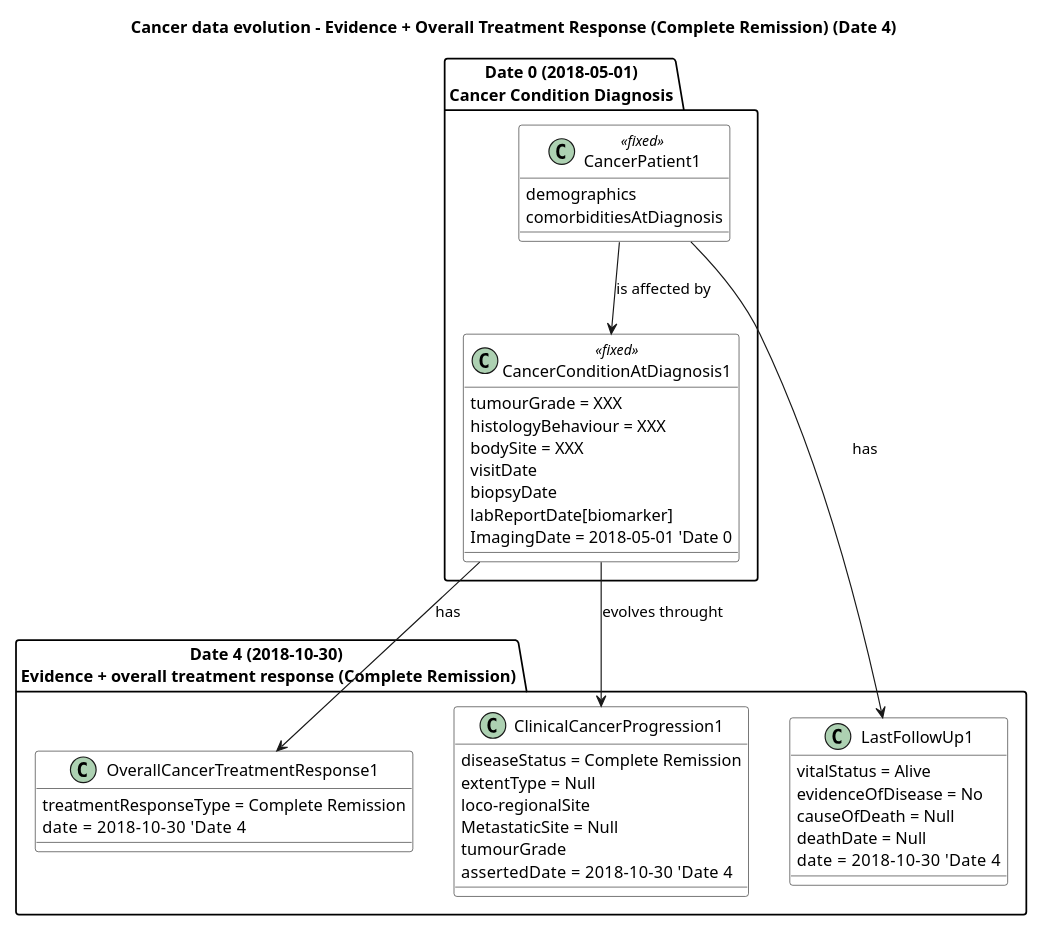
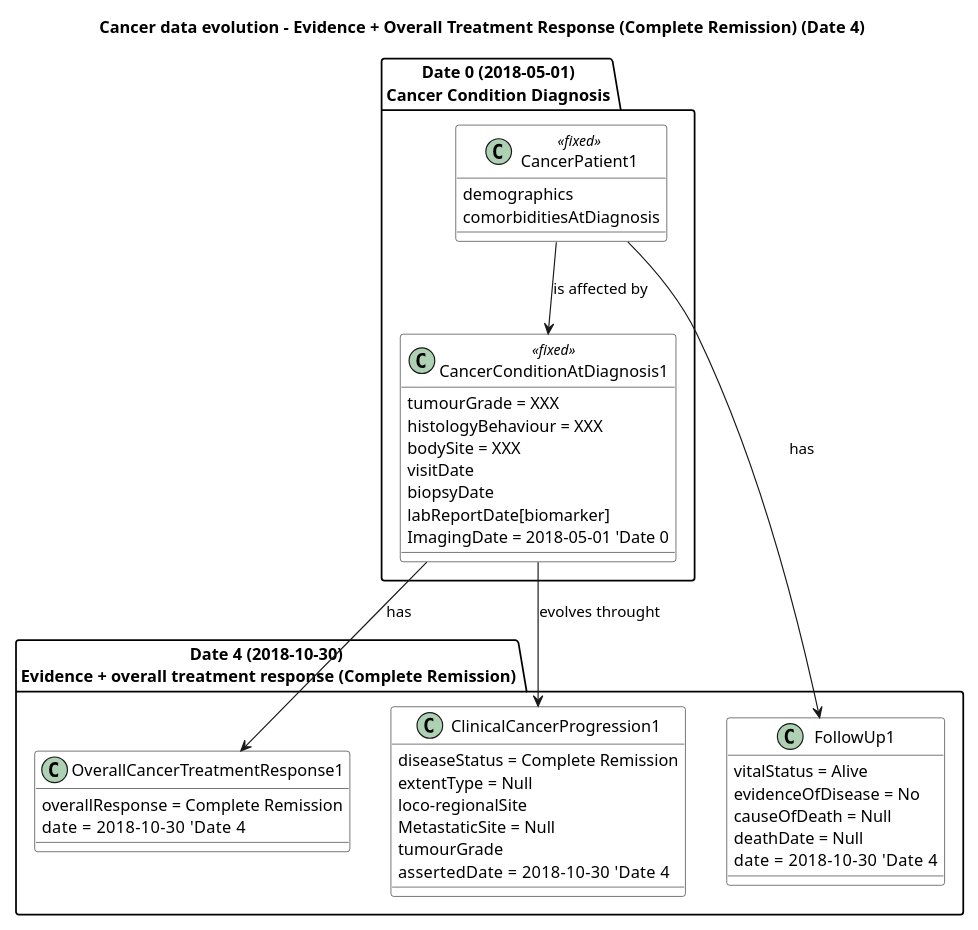
One commit to hl7-eu/cancer-common changed the diagram in input/images-source/CancerDataEvolution2.plantuml. Above: the diagram before and after it, drawn with PlantUML. The commit also changed 45 other files, not shown here.

```diff
--- a/input/images-source/CancerDataEvolution2.plantuml
+++ b/input/images-source/CancerDataEvolution2.plantuml
@@ -1,61 +1,61 @@
 @startuml
 title Cancer data evolution – Evidence + Overall Treatment Response (Complete Remission) (Date 4)
 
 skinparam class {
   BackgroundColor White
 }
 
 scale 0.8
 
 ' ===========================================
 ' DATE 0 – initial capture (conceptual record)
 ' ===========================================
 package "Date 0 (2018-05-01)\nCancer Condition Diagnosis" {
   class CancerPatient1 <<fixed>> {
     demographics
     comorbiditiesAtDiagnosis
   }
   
   class CancerConditionAtDiagnosis1 <<fixed>> {
     tumourGrade = XXX
     histologyBehaviour = XXX
     bodySite = XXX
     visitDate 
     biopsyDate 
     labReportDate[biomarker] 
     ImagingDate = 2018-05-01 'Date 0
   }
 }
 
 ' Links inside Date 0
 CancerPatient1 --> CancerConditionAtDiagnosis1 : is affected by
 
 package "Date 4 (2018-10-30) \nEvidence + overall treatment response (Complete Remission)" {
   class OverallCancerTreatmentResponse1 {
-    treatmentResponseType = Complete Remission
+    overallResponse = Complete Remission
     date = 2018-10-30   'Date 4
   }
 
-  class LastFollowUp1 {
+  class FollowUp1 {
      vitalStatus = Alive
      evidenceOfDisease = No
      causeOfDeath = Null
      deathDate = Null
      date = 2018-10-30   'Date 4
   }
 
   class ClinicalCancerProgression1 {
     diseaseStatus = Complete Remission
     extentType = Null
     loco-regionalSite
     MetastaticSite = Null
     tumourGrade
     assertedDate = 2018-10-30   'Date 4
   }
 }
 
 CancerConditionAtDiagnosis1 --> OverallCancerTreatmentResponse1 : has
-CancerPatient1 --> LastFollowUp1 : has
+CancerPatient1 --> FollowUp1 : has
 CancerConditionAtDiagnosis1 --> ClinicalCancerProgression1 : evolves throught
 
 @enduml
```
